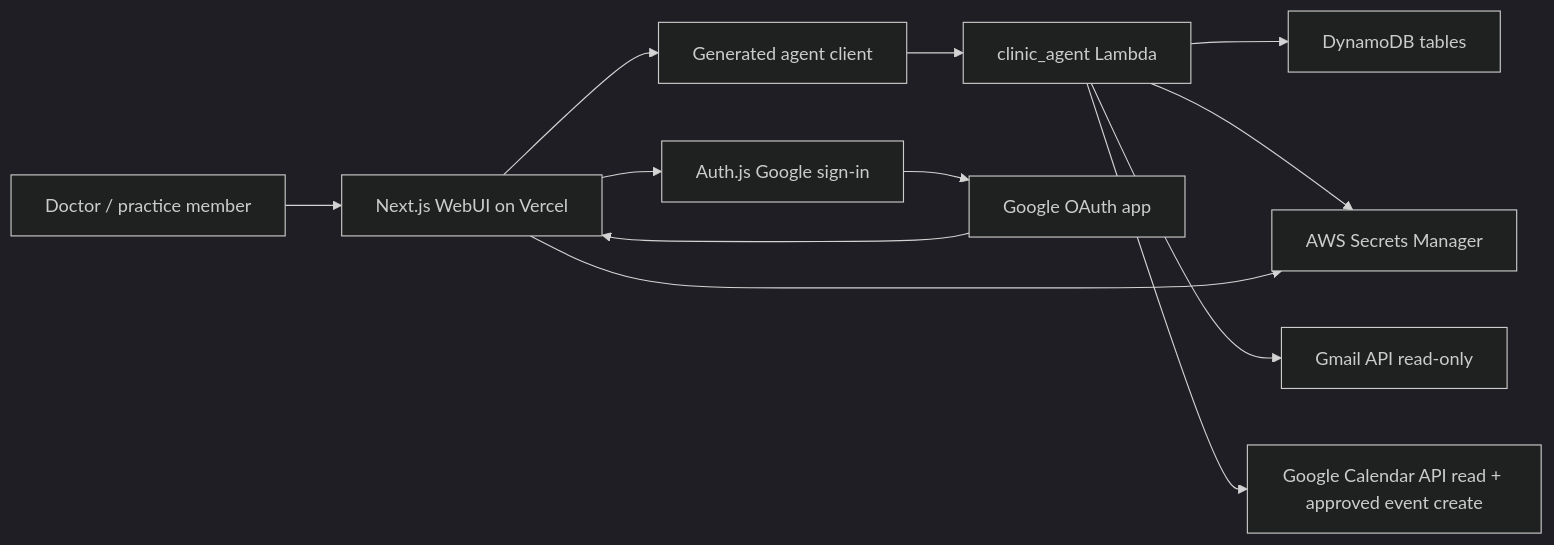
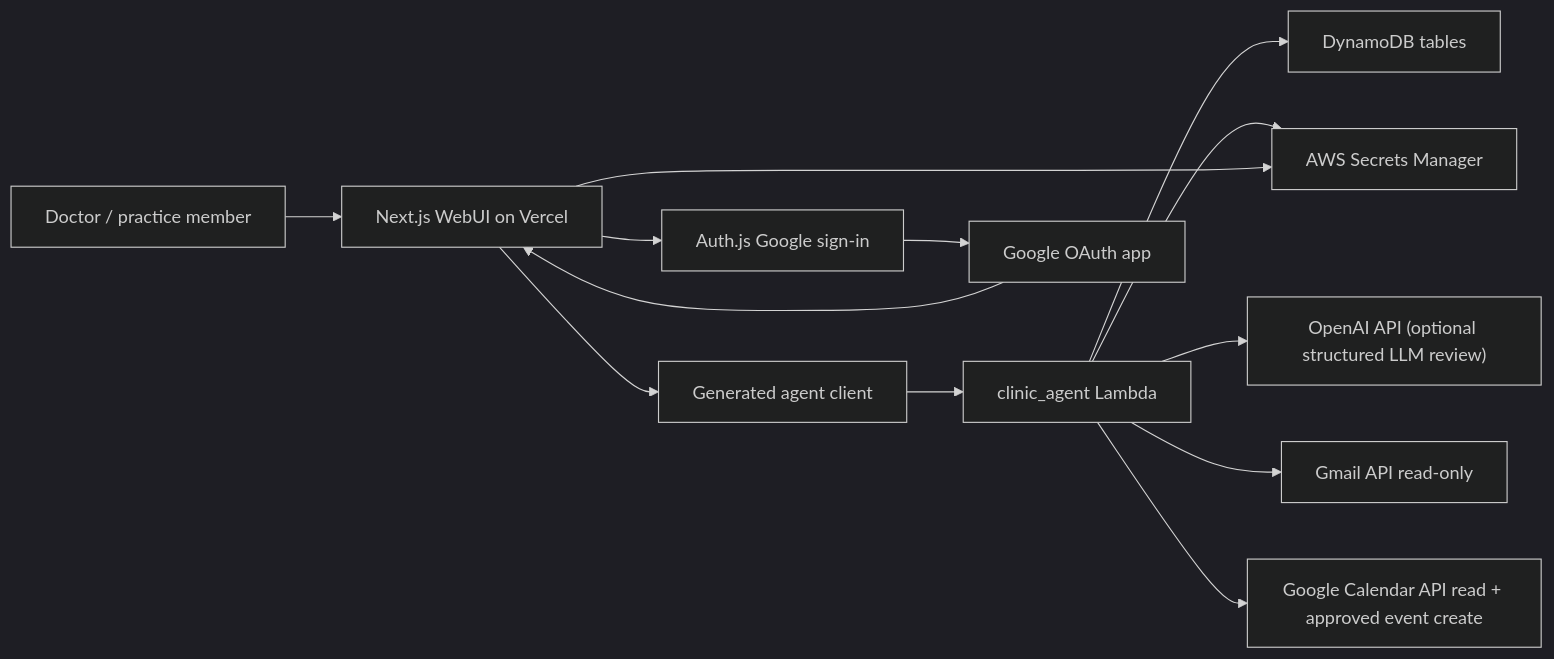
The first of 5 diagrams in docs/high-level-design.md (suhanisho/infiapp), drawn with Mermaid (dark theme) before and after one commit. The commit also changed other lines of this file and 7 other files, not shown here.

````diff
--- a/docs/high-level-design.md
+++ b/docs/high-level-design.md
@@ -53,15 +53,16 @@
 ```mermaid
 flowchart LR
     User["Doctor / practice member"] --> Web["Next.js WebUI on Vercel"]
     Web --> Auth["Auth.js Google sign-in"]
     Web --> Bridge["Generated agent client"]
     Bridge --> Lambda["clinic_agent Lambda"]
     Lambda --> DB["DynamoDB tables"]
     Lambda --> Secrets["AWS Secrets Manager"]
+    Lambda --> LLM["OpenAI API (optional structured LLM review)"]
     Lambda --> Gmail["Gmail API read-only"]
     Lambda --> Calendar["Google Calendar API read + approved event create"]
 
     Auth --> GoogleOAuth["Google OAuth app"]
     GoogleOAuth --> Web
     Web --> Secrets
 ```
````
